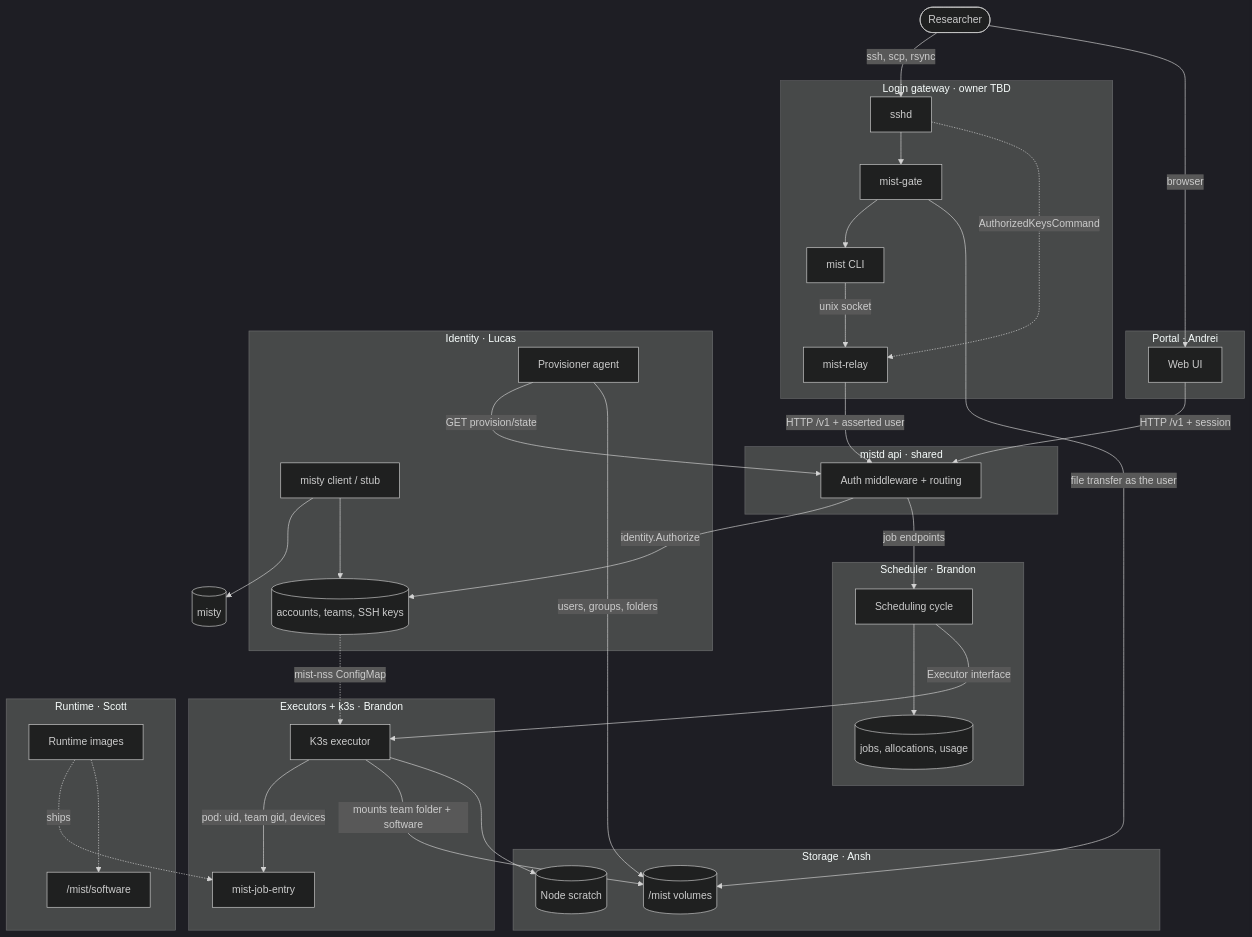
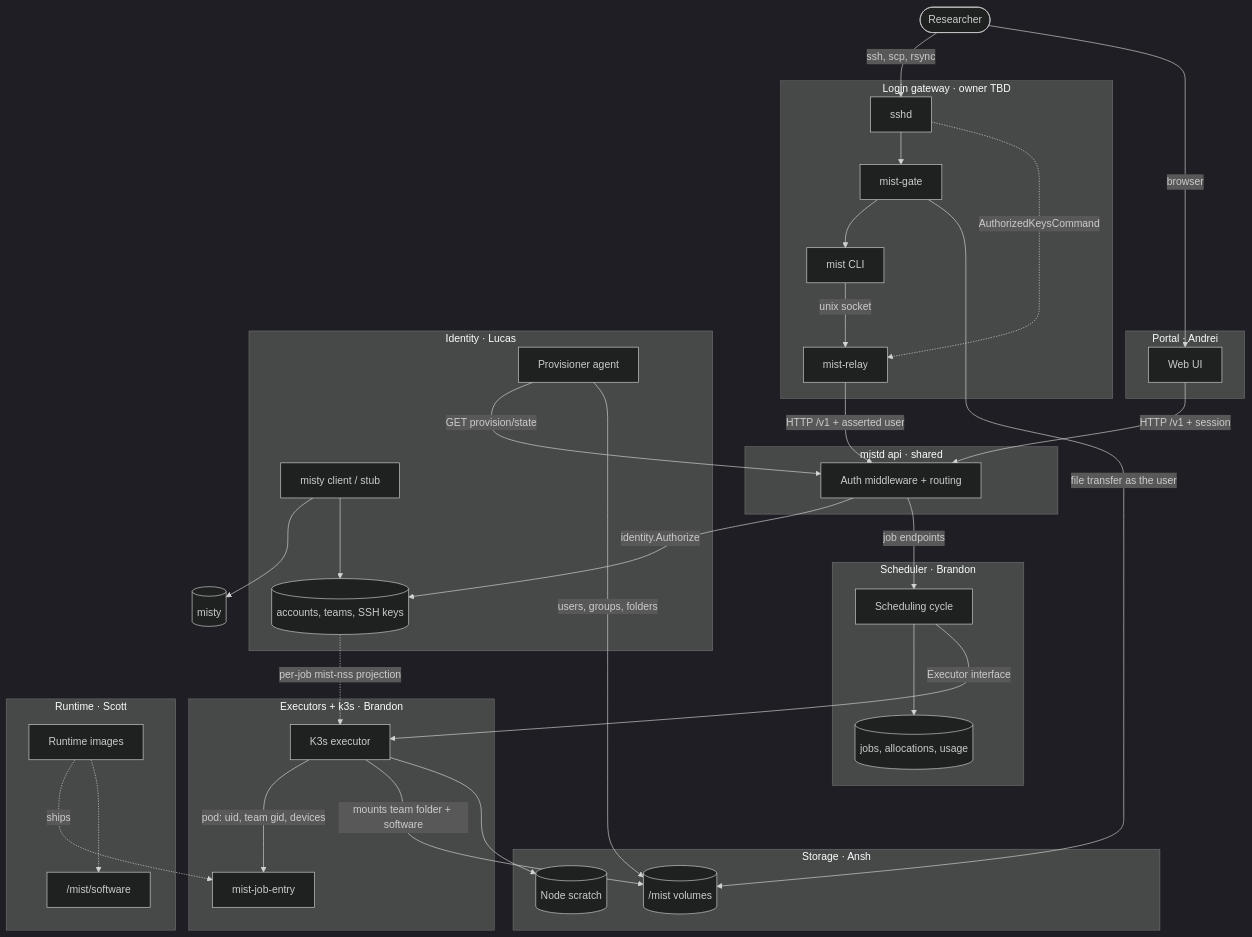
Before and after one commit to UTMIST/Mist: the second of 4 diagrams in ARCHITECTURE.md, drawn with Mermaid (dark theme). The commit also changed other lines of this file and 12 other files, not shown here.

First line of the commit message:
Refine HPC-style architecture contracts and jobs plan

````diff
--- a/ARCHITECTURE.md
+++ b/ARCHITECTURE.md
@@ -98,67 +103,67 @@
 ```mermaid
 flowchart TB
     R([Researcher])
     Misty[(misty)]
 
     subgraph GW["Login gateway · owner TBD"]
         sshd[sshd]
         gate[mist-gate]
         cli[mist CLI]
         relay[mist-relay]
     end
 
     subgraph PO["Portal · Andrei"]
         ui[Web UI]
     end
 
     subgraph API["mistd api · shared"]
         mw[Auth middleware + routing]
     end
 
     subgraph ID["Identity · Lucas"]
         dir[misty client / stub]
         acct[(accounts, teams, SSH keys)]
         prov[Provisioner agent]
     end
 
     subgraph SC["Scheduler · Brandon"]
         sched[Scheduling cycle]
         ledger[(jobs, allocations, usage)]
     end
 
     subgraph EX["Executors + k3s · Brandon"]
         k3sx[K3s executor]
         entry[mist-job-entry]
     end
 
     subgraph RT["Runtime · Scott"]
         img[Runtime images]
         sw["/mist/software"]
     end
 
     subgraph ST["Storage · Ansh"]
         vol[("/mist volumes")]
         scratch[(Node scratch)]
     end
 
     R -->|"ssh, scp, rsync"| sshd --> gate --> cli
     gate -->|"file transfer as the user"| vol
     cli -->|unix socket| relay
     sshd -.->|AuthorizedKeysCommand| relay
     relay -->|"HTTP /v1 + asserted user"| mw
     R -->|browser| ui -->|"HTTP /v1 + session"| mw
     mw -->|identity.Authorize| acct
     mw -->|job endpoints| sched
     dir --> Misty
     dir --> acct
     prov -->|"GET provision/state"| mw
     prov -->|"users, groups, folders"| vol
     sched --> ledger
     sched -->|Executor interface| k3sx
-    acct -.->|mist-nss ConfigMap| k3sx
+    acct -.->|per-job mist-nss projection| k3sx
     k3sx -->|"pod: uid, team gid, devices"| entry
     k3sx -->|"mounts team folder + software"| vol
     k3sx --> scratch
     img -.->|ships| entry
     img -.-> sw
 ```
````
